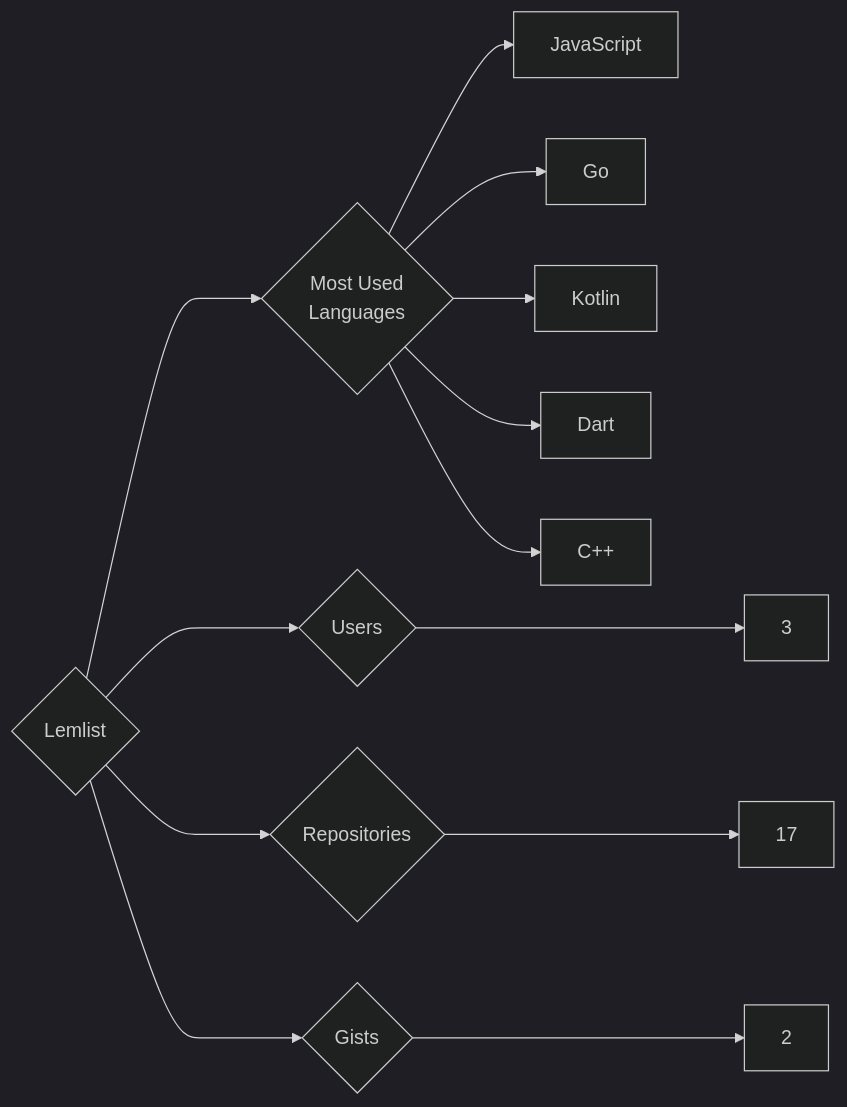
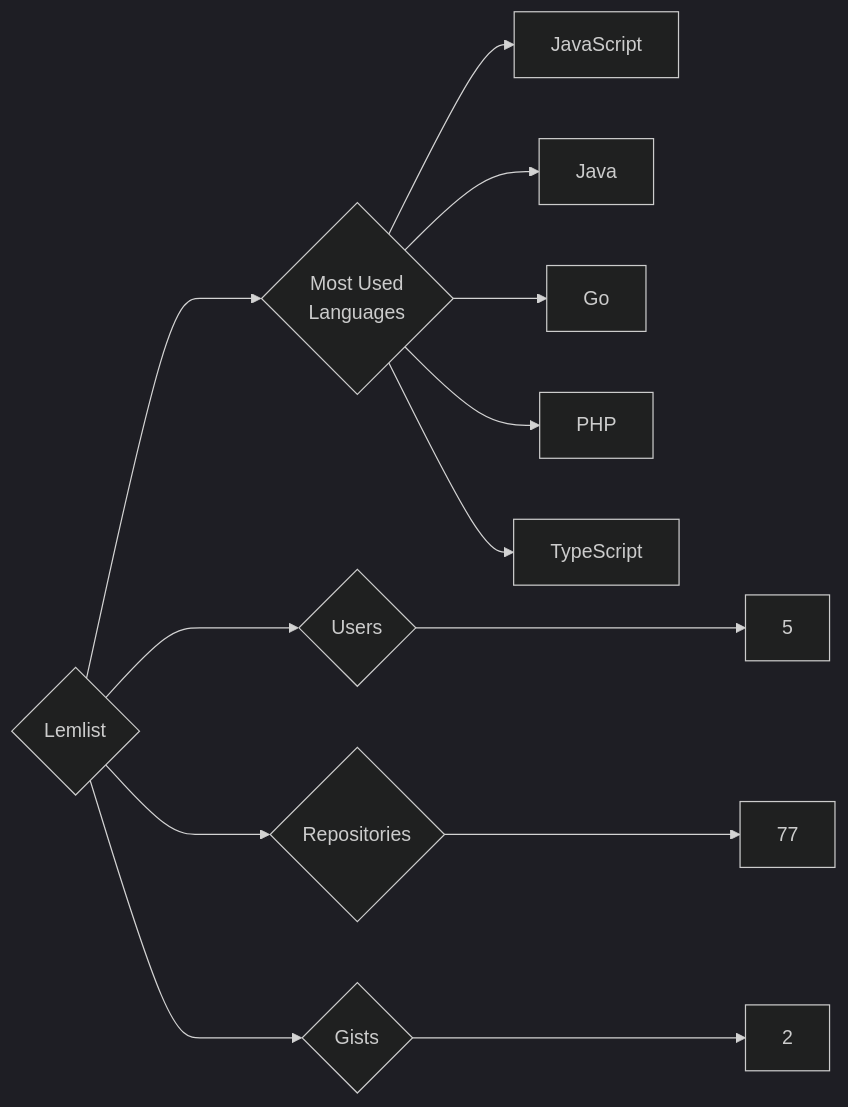
One commit to trickest/insiders changed the diagram in targets/Lemlist/README.md. Above: the diagram before and after it, drawn with Mermaid (dark theme). The commit also changed 1248 other files, not shown here.

````diff
--- a/targets/Lemlist/README.md
+++ b/targets/Lemlist/README.md
@@ -3,13 +3,13 @@
 ```mermaid
 graph LR
 COMPANY_NAME{Lemlist}
-COMPANY_NAME ---> U{Users} ---> UN[3]
-COMPANY_NAME ---> R{Repositories} ---> RN[17]
+COMPANY_NAME ---> U{Users} ---> UN[5]
+COMPANY_NAME ---> R{Repositories} ---> RN[77]
 COMPANY_NAME ---> G{Gists} ---> GN[2]
 COMPANY_NAME ---> ML{Most Used<br>Languages}
 ML --> JavaScript[JavaScript]
+ML --> Java[Java]
 ML --> Go[Go]
-ML --> Kotlin[Kotlin]
-ML --> Dart[Dart]
-ML --> C++[C++]
+ML --> PHP[PHP]
+ML --> TypeScript[TypeScript]
 ```
````
